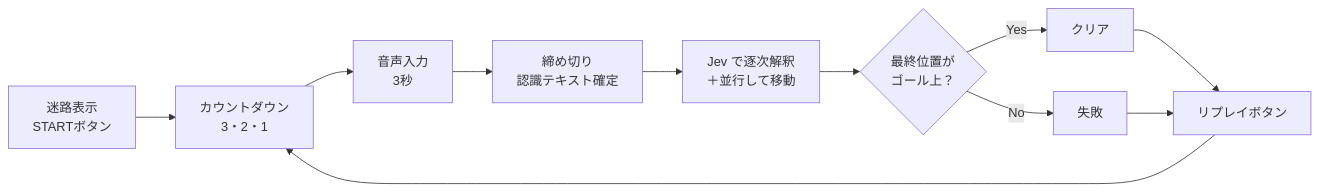
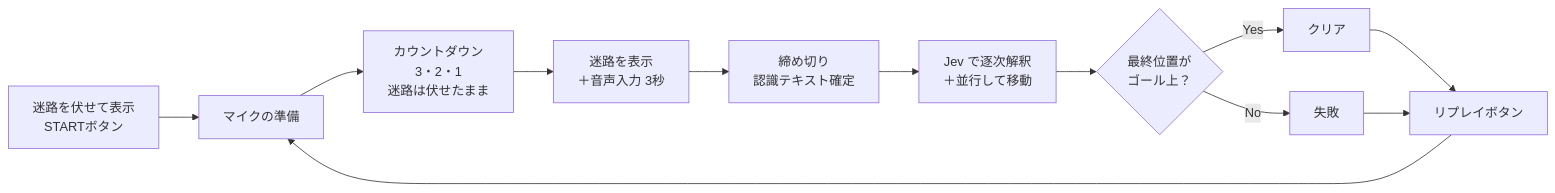
The first of 2 diagrams in docs/spec.md (tenkoh/jev-maze), drawn with Mermaid before and after one commit. The commit also changed other lines of this file and 43 other files, not shown here.

````diff
--- a/docs/spec.md
+++ b/docs/spec.md
@@ -16,13 +16,14 @@
 ```mermaid
 flowchart LR
-  A[迷路表示<br/>STARTボタン] --> B[カウントダウン<br/>3・2・1]
-  B --> C[音声入力<br/>3秒]
+  A[迷路を伏せて表示<br/>STARTボタン] --> P[マイクの準備]
+  P --> B[カウントダウン<br/>3・2・1<br/>迷路は伏せたまま]
+  B --> C[迷路を表示<br/>＋音声入力 3秒]
   C --> D[締め切り<br/>認識テキスト確定]
   D --> E[Jev で逐次解釈<br/>＋並行して移動]
   E --> F{最終位置が<br/>ゴール上？}
   F -->|Yes| G[クリア]
   F -->|No| H[失敗]
   G --> I[リプレイボタン]
   H --> I
-  I --> B
+  I --> P
 ```
````
